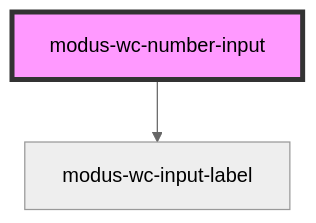
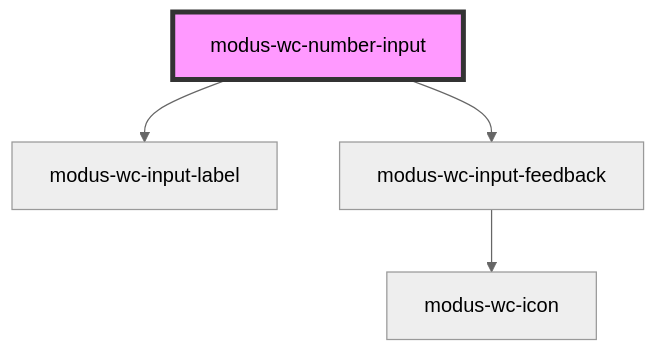
Before and after one commit to trimble-oss/modus-wc-2.0: the diagram in src/components/modus-wc-number-input/readme.md, drawn with Mermaid (neutral theme). The commit also changed other lines of this file and 43 other files, not shown here.

Commit message:
feat: add input-feedback to input components

````diff
--- a/src/components/modus-wc-number-input/readme.md
+++ b/src/components/modus-wc-number-input/readme.md
@@ -55,5 +57,7 @@
 ```mermaid
 graph TD;
   modus-wc-number-input --> modus-wc-input-label
+  modus-wc-number-input --> modus-wc-input-feedback
+  modus-wc-input-feedback --> modus-wc-icon
   style modus-wc-number-input fill:#f9f,stroke:#333,stroke-width:4px
 ```
````
